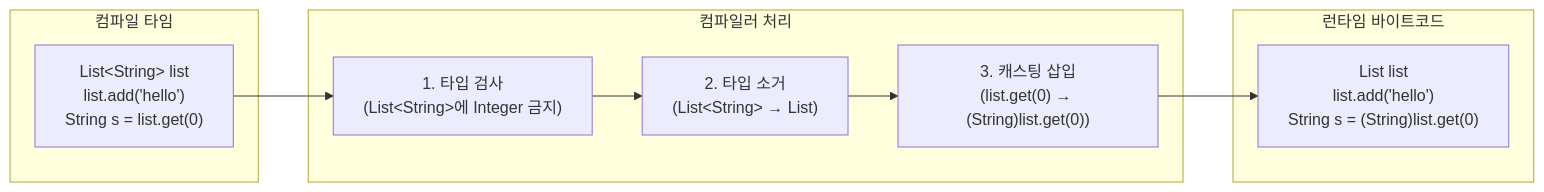
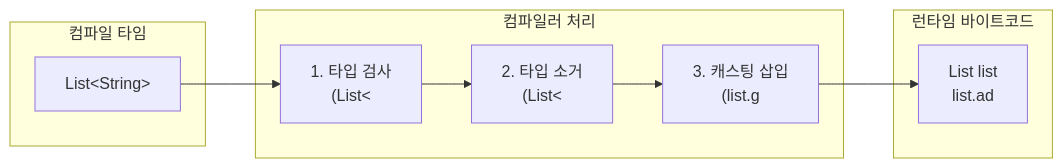
One commit to yjkim2015/yjkim2015.github.io changed the diagram in _posts/java/2026-05-01-java-generics.md. Above: the diagram before and after it, drawn with Mermaid. The commit also changed 271 other files, not shown here.

First line of the commit message:
Mermaid 라벨 축소: 긴 노드 텍스트 18자 이하로 트림 + \n 제거

````diff
--- a/_posts/java/2026-05-01-java-generics.md
+++ b/_posts/java/2026-05-01-java-generics.md
@@ -639,15 +639,15 @@
 ```mermaid
 graph LR
   subgraph "컴파일 타임"
-    SRC["List&lt;String&gt; list\nlist.add('hello')\nString s = list.get(0)"]
+    SRC["List&lt;String&gt;"]
   end
   subgraph "컴파일러 처리"
-    CHECK["1. 타입 검사\n(List&lt;String&gt;에 Integer 금지)"]
-    ERASE["2. 타입 소거\n(List&lt;String&gt; → List)"]
-    CAST["3. 캐스팅 삽입\n(list.get(0) → (String)list.get(0))"]
+    CHECK["1. 타입 검사\n(List&lt"]
+    ERASE["2. 타입 소거\n(List&lt"]
+    CAST["3. 캐스팅 삽입\n(list.g"]
   end
   subgraph "런타임 바이트코드"
-    BC["List list\nlist.add('hello')\nString s = (String)list.get(0)"]
+    BC["List list\nlist.ad"]
   end
   SRC --> CHECK --> ERASE --> CAST --> BC
 ```
````
